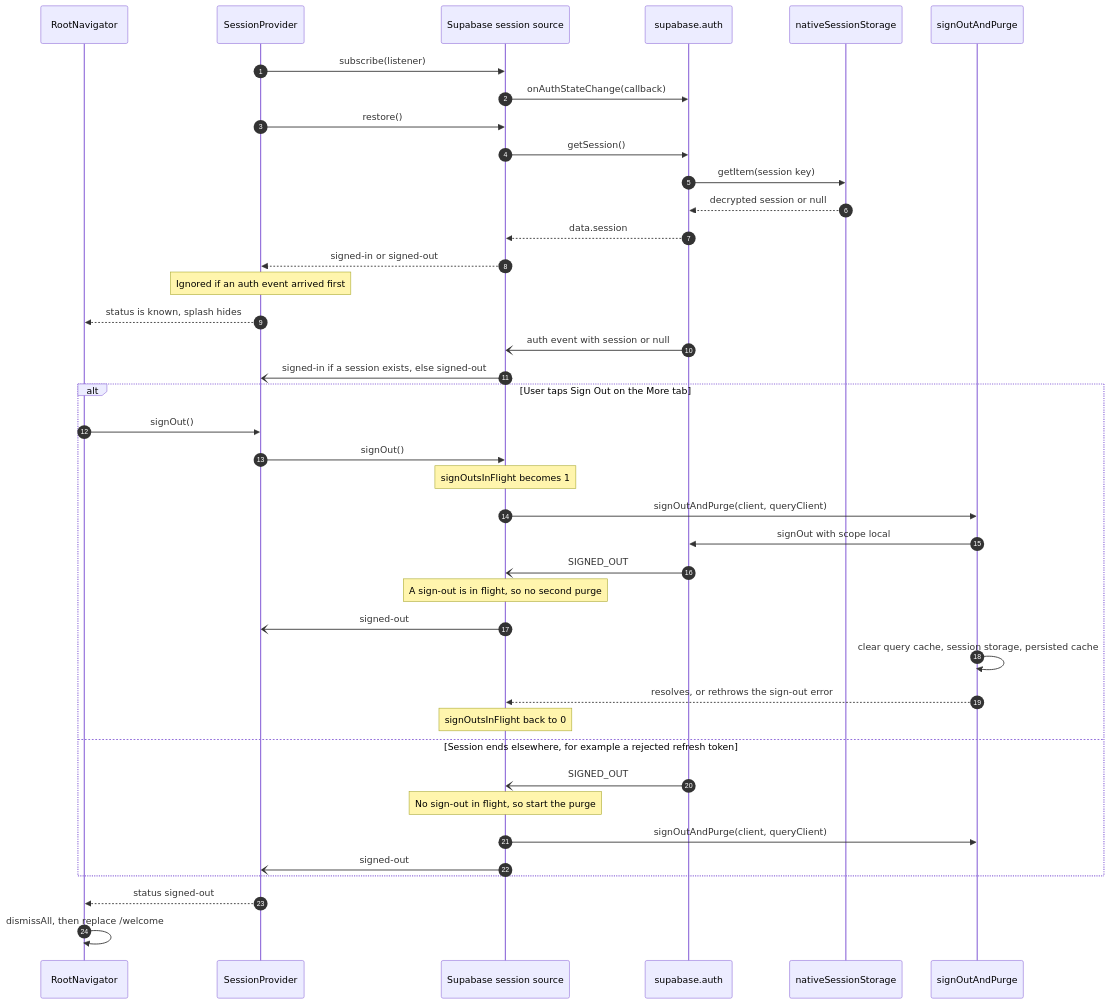
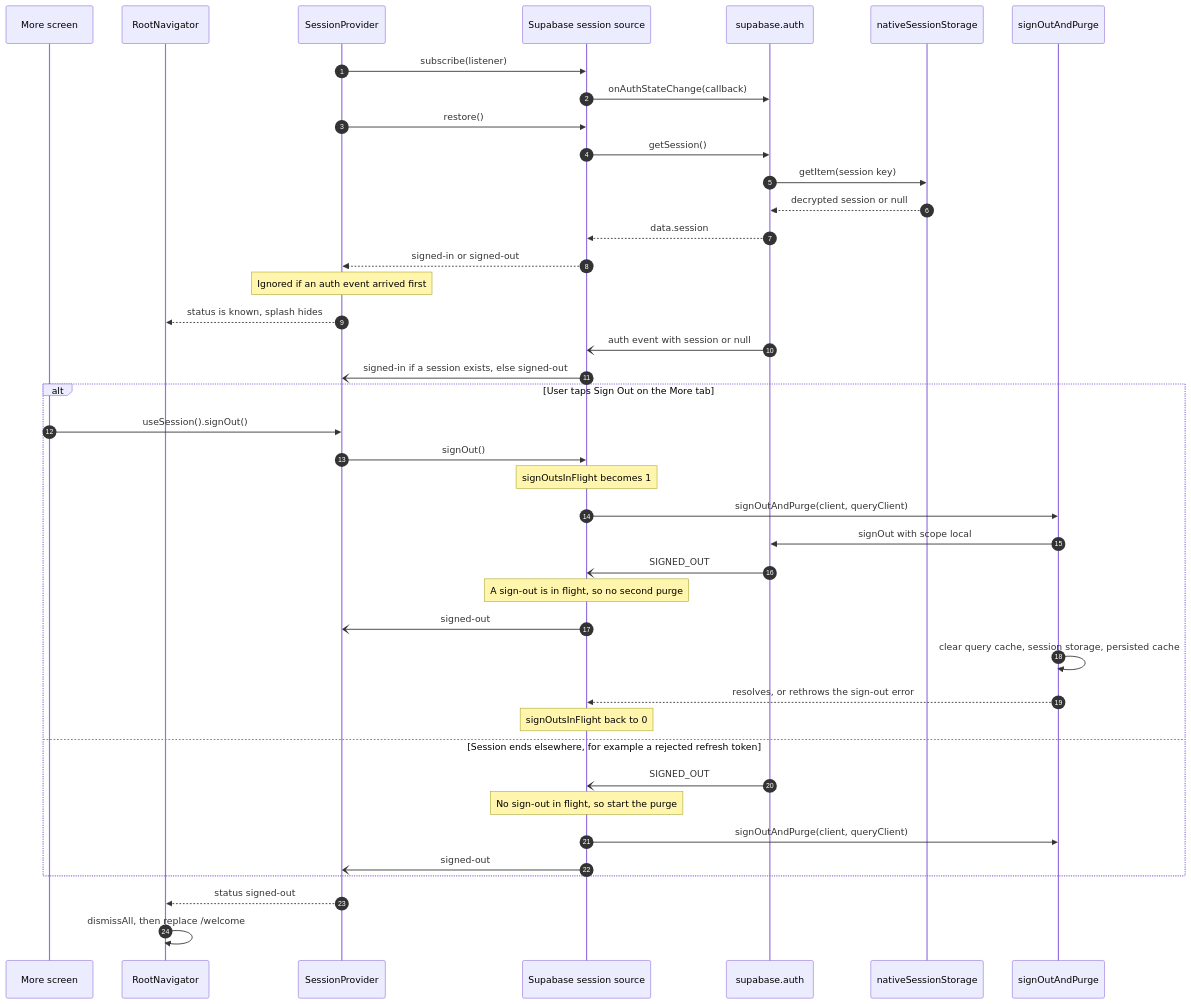
Before and after one commit to Alexd2004/Sisig: the sixth of 8 diagrams in docs/ARCHITECTURE.md, drawn with Mermaid. The commit also changed other lines of this file and 16 other files, not shown here.

````diff
--- a/docs/ARCHITECTURE.md
+++ b/docs/ARCHITECTURE.md
@@ -297,43 +298,44 @@
 ```mermaid
 sequenceDiagram
   autonumber
+  participant More as More screen
   participant Nav as RootNavigator
   participant Prov as SessionProvider
   participant Src as Supabase session source
   participant Auth as supabase.auth
   participant Store as nativeSessionStorage
   participant Purge as signOutAndPurge
 
   Prov->>Src: subscribe(listener)
   Src->>Auth: onAuthStateChange(callback)
   Prov->>Src: restore()
   Src->>Auth: getSession()
   Auth->>Store: getItem(session key)
   Store-->>Auth: decrypted session or null
   Auth-->>Src: data.session
   Src-->>Prov: signed-in or signed-out
   Note over Prov: Ignored if an auth event arrived first
   Prov-->>Nav: status is known, splash hides
   Auth-)Src: auth event with session or null
   Src-)Prov: signed-in if a session exists, else signed-out
   alt User taps Sign Out on the More tab
-    Nav->>Prov: signOut()
+    More->>Prov: useSession().signOut()
     Prov->>Src: signOut()
     Note over Src: signOutsInFlight becomes 1
     Src->>Purge: signOutAndPurge(client, queryClient)
     Purge->>Auth: signOut with scope local
     Auth-)Src: SIGNED_OUT
     Note over Src: A sign-out is in flight, so no second purge
     Src-)Prov: signed-out
     Purge->>Purge: clear query cache, session storage, persisted cache
     Purge-->>Src: resolves, or rethrows the sign-out error
     Note over Src: signOutsInFlight back to 0
   else Session ends elsewhere, for example a rejected refresh token
     Auth-)Src: SIGNED_OUT
     Note over Src: No sign-out in flight, so start the purge
     Src->>Purge: signOutAndPurge(client, queryClient)
     Src-)Prov: signed-out
   end
   Prov-->>Nav: status signed-out
   Nav->>Nav: dismissAll, then replace /welcome
 ```
````
